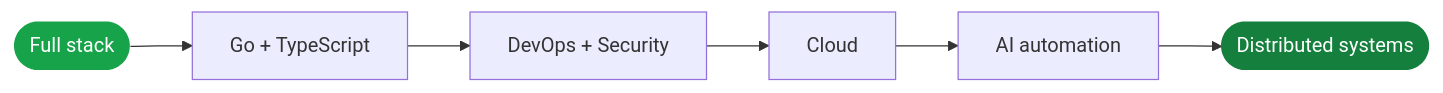
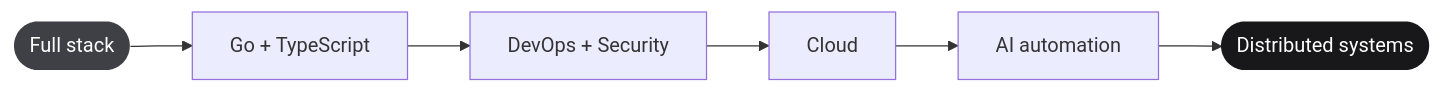
The fifth of 5 diagrams in README.md (yesterdaygrace/yesterdaygrace), drawn with Mermaid before and after one commit. The commit also changed other lines of this file, not shown here.

````diff
--- a/README.md
+++ b/README.md
@@ -281,6 +303,6 @@
 ```mermaid
 flowchart LR
     A([Full stack]) --> B[Go + TypeScript] --> C[DevOps + Security] --> D[Cloud] --> E[AI automation] --> F([Distributed systems])
-    style A fill:#16a34a,color:#fff,stroke:none
-    style F fill:#15803d,color:#fff,stroke:none
+    style A fill:#3f3f46,color:#fff,stroke:none
+    style F fill:#18181b,color:#fff,stroke:none
 ```
````
